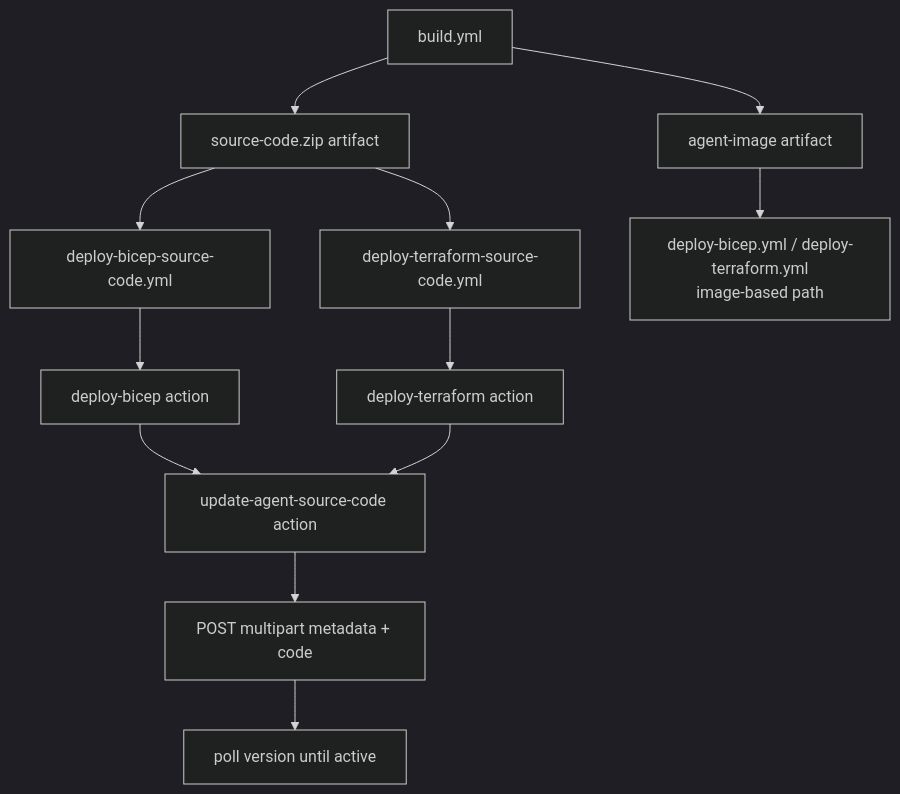
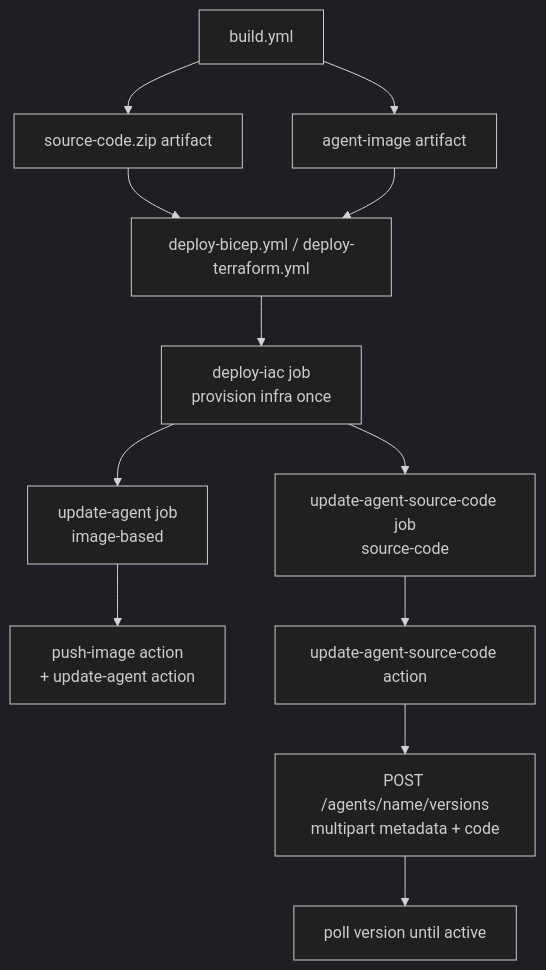
Before and after one commit to JFolberth/simple-hosted-agent-responses: the diagram in docs/deploy-source-code.md, drawn with Mermaid (dark theme). The commit also changed other lines of this file and 8 other files, not shown here.

First line of the commit message:
Enhance deployment scripts and documentation for source-code and image-based agents

````diff
--- a/docs/deploy-source-code.md
+++ b/docs/deploy-source-code.md
@@ -103,14 +107,14 @@
 ```mermaid
 flowchart TD
     A[build.yml] --> B[source-code.zip artifact]
     A --> X[agent-image artifact]
-    B --> C[deploy-bicep-source-code.yml]
-    B --> D[deploy-terraform-source-code.yml]
-    X --> Y[deploy-bicep.yml / deploy-terraform.yml<br/>image-based path]
-    C --> E[deploy-bicep action]
-    D --> F[deploy-terraform action]
-    E --> G[update-agent-source-code action]
-    F --> G
-    G --> H[POST multipart metadata + code]
+    B --> P[deploy-bicep.yml / deploy-terraform.yml]
+    X --> P
+    P --> Q[deploy-iac job<br/>provision infra once]
+    Q --> R[update-agent job<br/>image-based]
+    Q --> S[update-agent-source-code job<br/>source-code]
+    R --> T[push-image action<br/>+ update-agent action]
+    S --> U[update-agent-source-code action]
+    U --> H[POST /agents/name/versions<br/>multipart metadata + code]
     H --> I[poll version until active]
 ```
````
